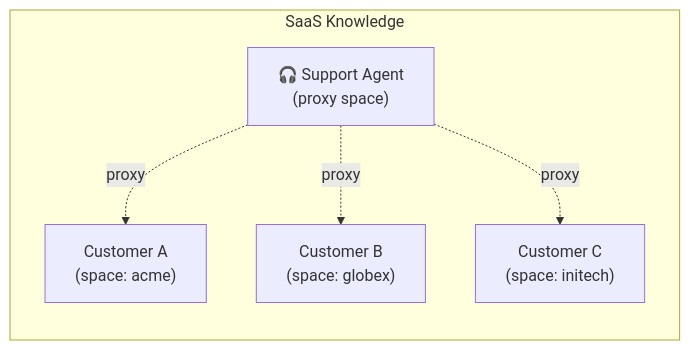
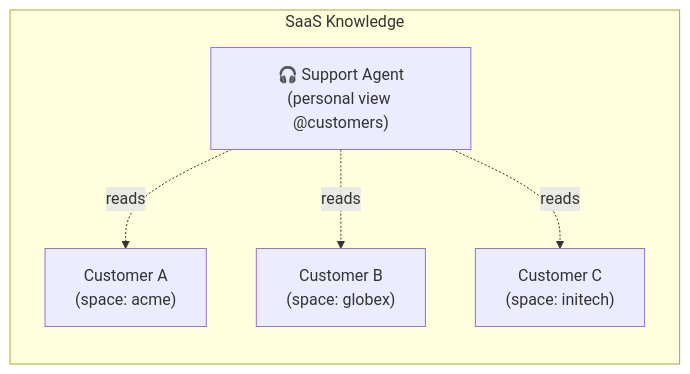
Before and after one commit to ythril-network/Ythril: the third of 7 diagrams in docs/usecase-examples/02-operations-research-and-agents.md, drawn with Mermaid. The commit also changed other lines of this file and 31 other files, not shown here.

First line of the commit message:
docs(b100): proxy spaces are personal views - integration guide (new 06d page, 02b upgrade, 12 admin, 13 audit), user guide, use-case examples (03 renamed to 03-multi-space-and-personal-views.md), CHANGELOG rows, CLAUDE.md (Q-531)

````diff
--- a/docs/usecase-examples/02-operations-research-and-agents.md
+++ b/docs/usecase-examples/02-operations-research-and-agents.md
@@ -77,12 +77,12 @@
 ```mermaid
 graph LR
     subgraph "SaaS Knowledge"
-        Support["🎧 Support Agent<br/>(proxy space)"]
+        Support["🎧 Support Agent<br/>(personal view @customers)"]
         CustA["Customer A<br/>(space: acme)"]
         CustB["Customer B<br/>(space: globex)"]
         CustC["Customer C<br/>(space: initech)"]
     end
-    Support -.->|proxy| CustA
-    Support -.->|proxy| CustB
-    Support -.->|proxy| CustC
+    Support -.->|reads| CustA
+    Support -.->|reads| CustB
+    Support -.->|reads| CustC
 ```
````
